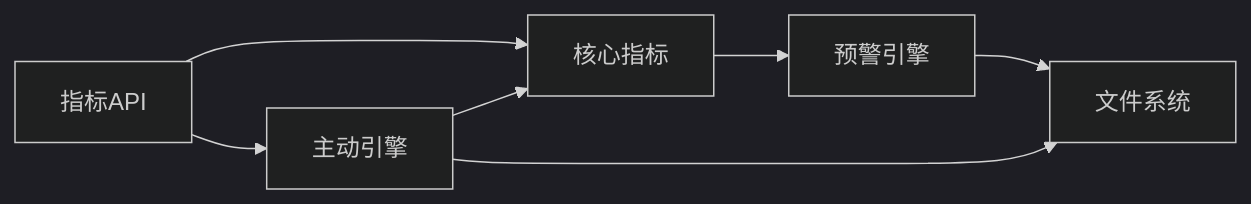
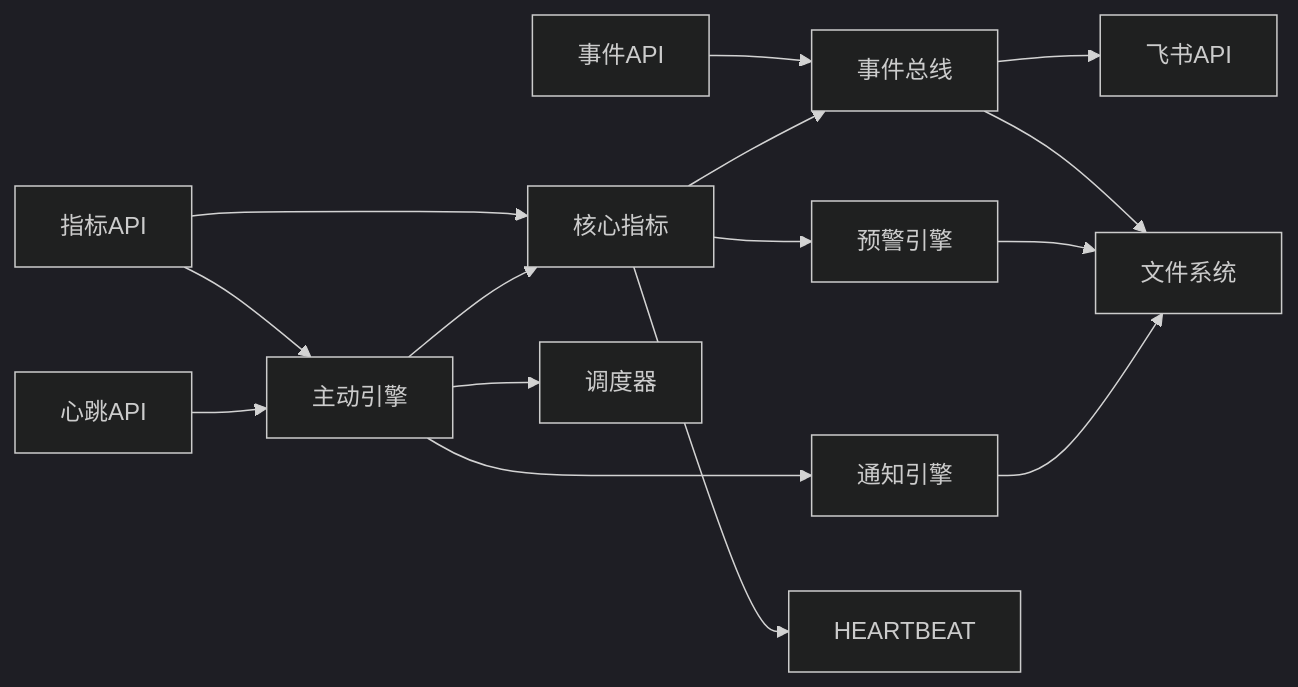
Before and after one commit to angledick/-: the tenth of 10 diagrams in .qoder/repowiki/zh/content/监控与运维/系统健康监控.md, drawn with Mermaid (dark theme). The commit also changed other lines of this file and 770 other files, not shown here.

````diff
--- a/.qoder/repowiki/zh/content/监控与运维/系统健康监控.md
+++ b/.qoder/repowiki/zh/content/监控与运维/系统健康监控.md
@@ -304,9 +589,17 @@
 ```mermaid
 graph LR
 API["指标API"] --> CORE["核心指标"]
 API --> PRO["主动引擎"]
+EVENT_API["事件API"] --> EVENT_BUS["事件总线"]
+HEARTBEAT_API["心跳API"] --> PRO
+PRO --> CORE
+PRO --> SCHEDULER["调度器"]
+PRO --> NOTIFICATION["通知引擎"]
 CORE --> ALERT["预警引擎"]
-PRO --> CORE
-PRO --> FS["文件系统"]
+CORE --> EVENT_BUS
+CORE --> HEARTBEAT
+EVENT_BUS --> FS["文件系统"]
+EVENT_BUS --> FEISHU["飞书API"]
 ALERT --> FS
+NOTIFICATION --> FS
 ```
````
